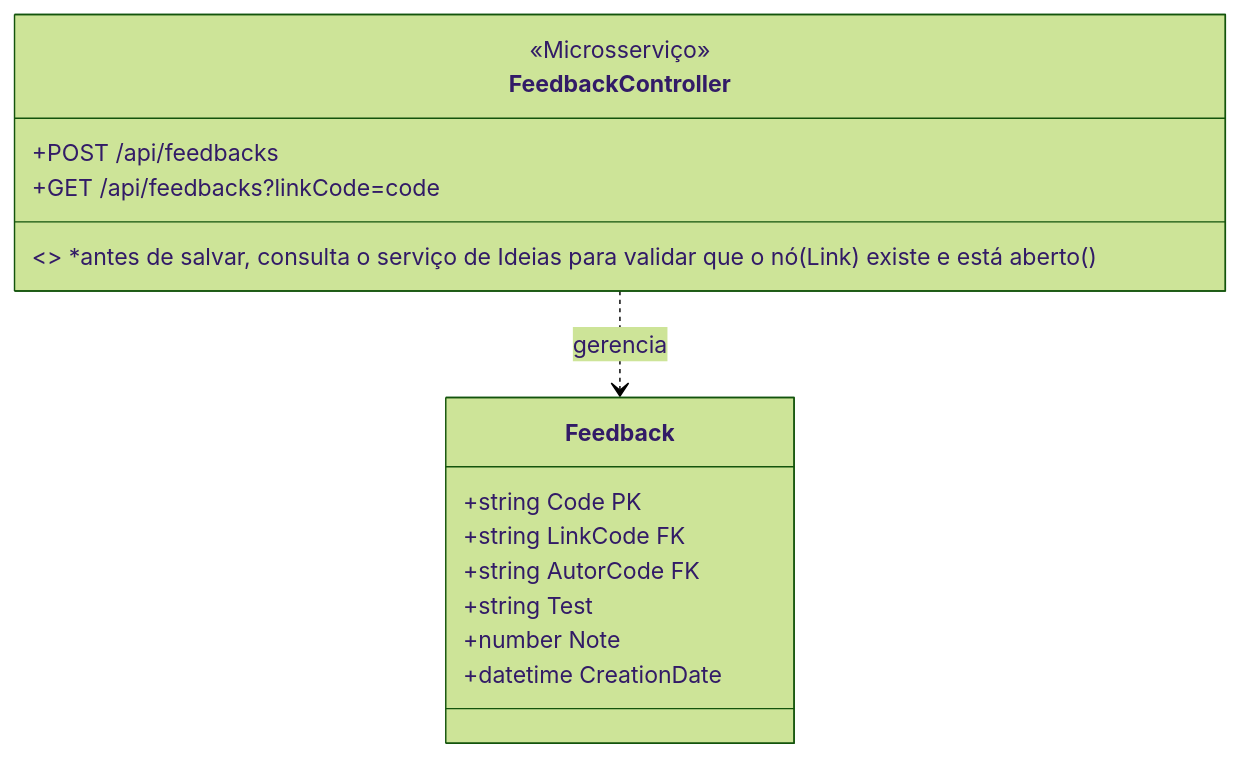
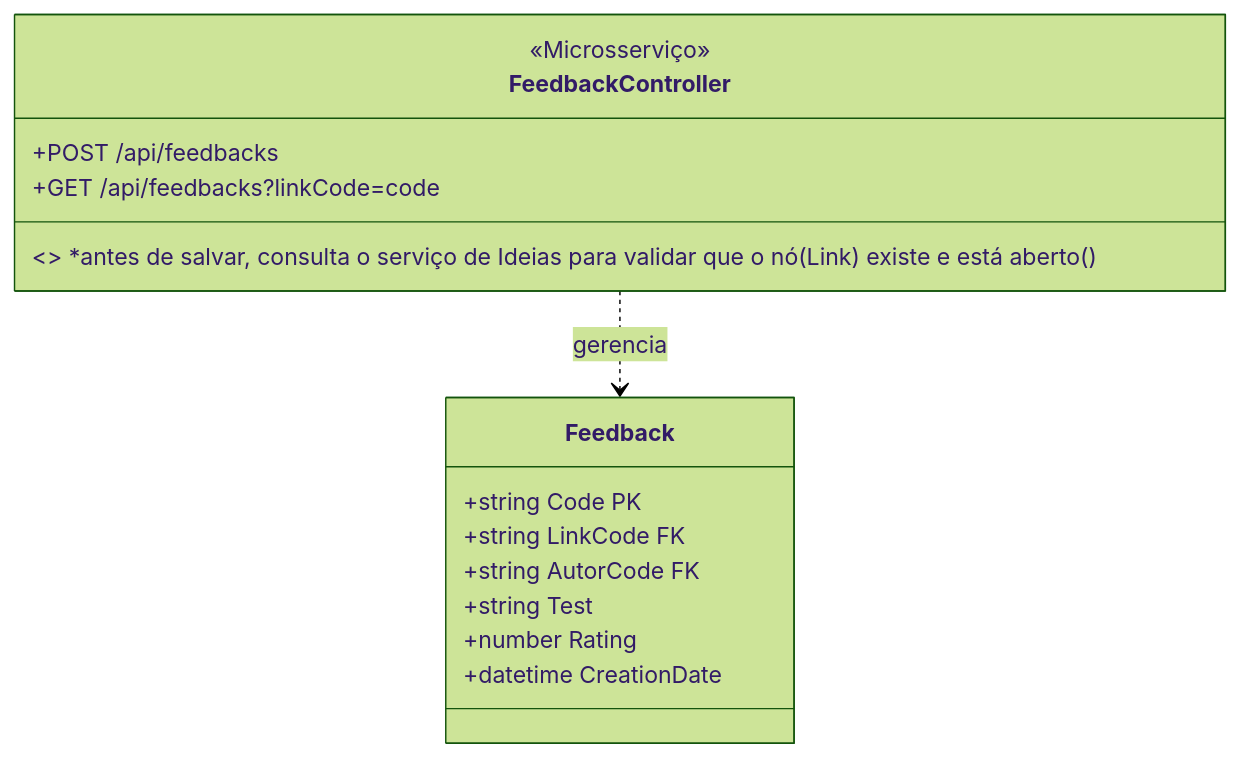
One commit to thales-vaz-sousa/Branchstorm changed the sixth of 7 diagrams in README.md. Above: the diagram before and after it, drawn with Mermaid (forest theme). The commit also changed other lines of this file, not shown here.

````diff
--- a/README.md
+++ b/README.md
@@ -199,20 +199,20 @@
 ```mermaid
 classDiagram
     class FeedbackController {
         <<Microsserviço>>
         +POST /api/feedbacks
         +GET /api/feedbacks?linkCode=code
         <> *antes de salvar, consulta o serviço de Ideias para validar que o nó(Link) existe e está aberto ()
     }
 
     class Feedback {
         +string Code PK
         +string LinkCode FK
         +string AutorCode FK
         +string Test
-        +number Note
+        +number Rating
         +datetime CreationDate
     }
 
     FeedbackController ..> Feedback : gerencia
 ```
````
